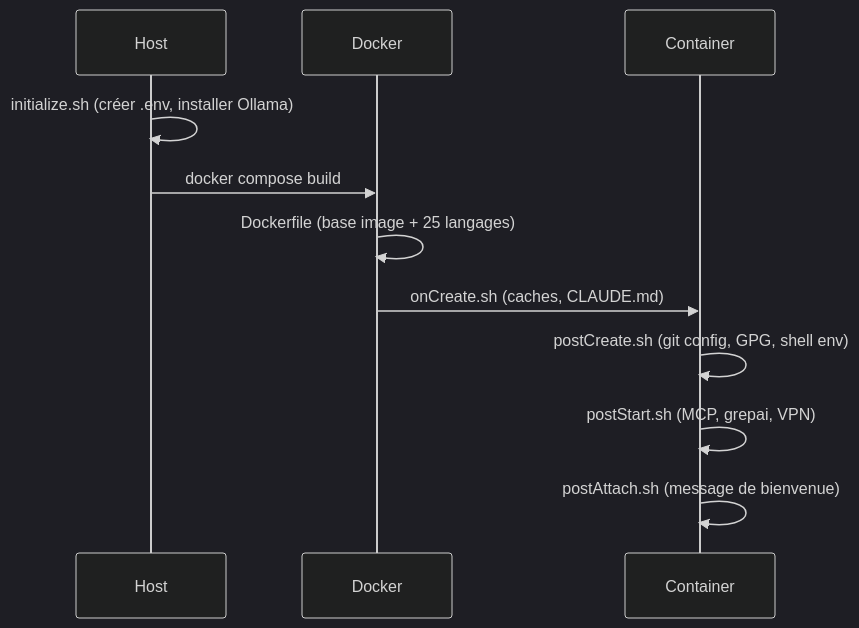
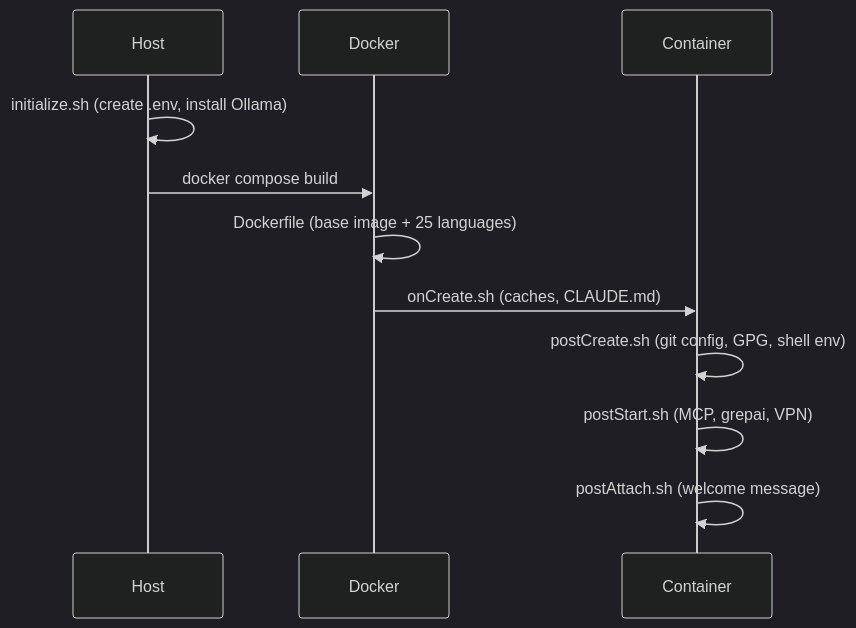
One commit to kodflow/devcontainer-template changed the diagram in docs/getting-started/README.md. Above: the diagram before and after it, drawn with Mermaid. The commit also changed other lines of this file and 60 other files, not shown here.

````diff
--- a/docs/getting-started/README.md
+++ b/docs/getting-started/README.md
@@ -32,21 +32,21 @@
 ```mermaid
 %%{init: {'theme': 'dark', 'themeVariables': {
   'primaryColor': '#9D76FB1a',
   'primaryBorderColor': '#9D76FB',
   'primaryTextColor': '#d4d8e0',
   'lineColor': '#d4d8e0',
   'textColor': '#d4d8e0'
 }}}%%
 sequenceDiagram
     participant H as Host
     participant D as Docker
     participant C as Container
 
-    H->>H: initialize.sh (créer .env, installer Ollama)
+    H->>H: initialize.sh (create .env, install Ollama)
     H->>D: docker compose build
-    D->>D: Dockerfile (base image + 25 langages)
+    D->>D: Dockerfile (base image + 25 languages)
     D->>C: onCreate.sh (caches, CLAUDE.md)
     C->>C: postCreate.sh (git config, GPG, shell env)
     C->>C: postStart.sh (MCP, grepai, VPN)
-    C->>C: postAttach.sh (message de bienvenue)
+    C->>C: postAttach.sh (welcome message)
 ```
````
